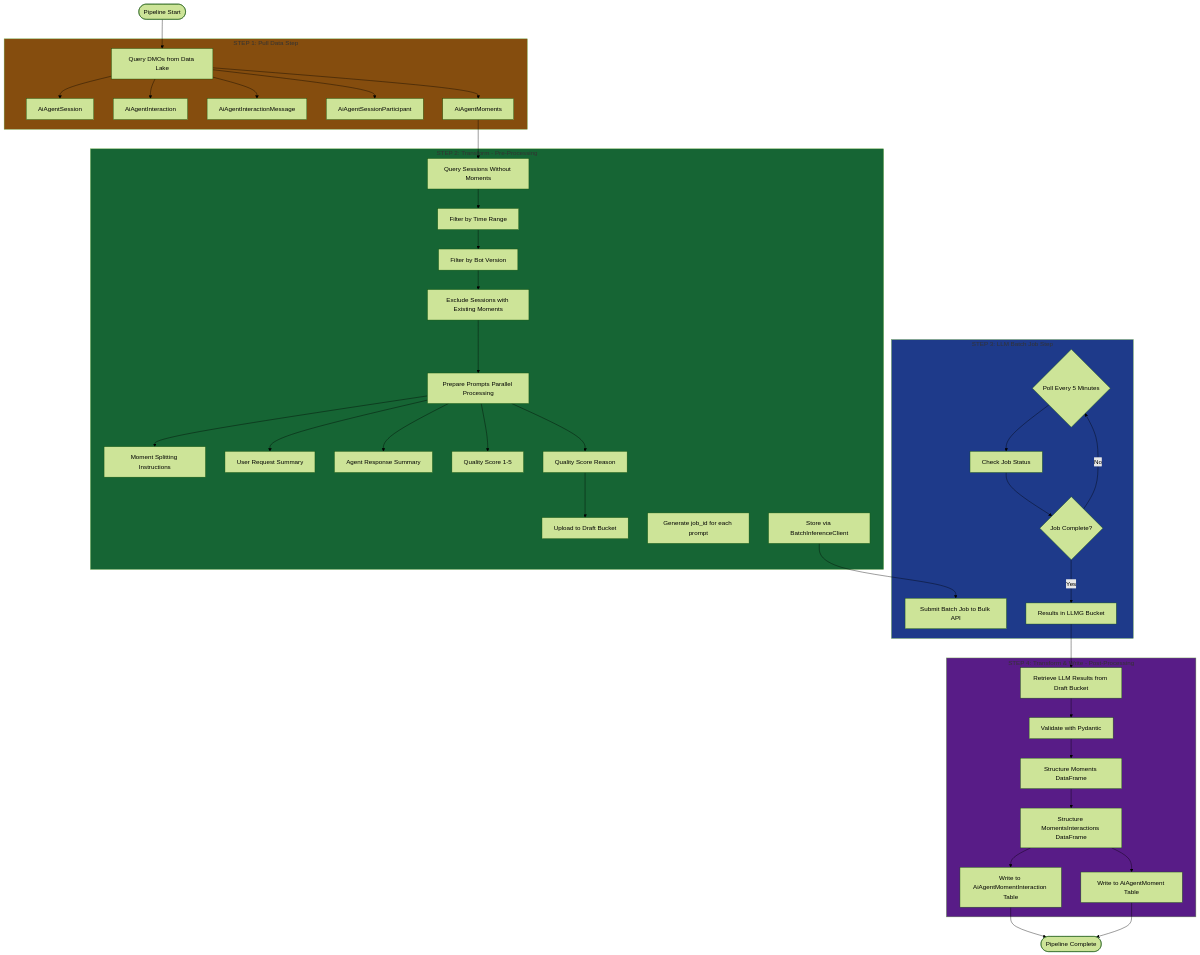
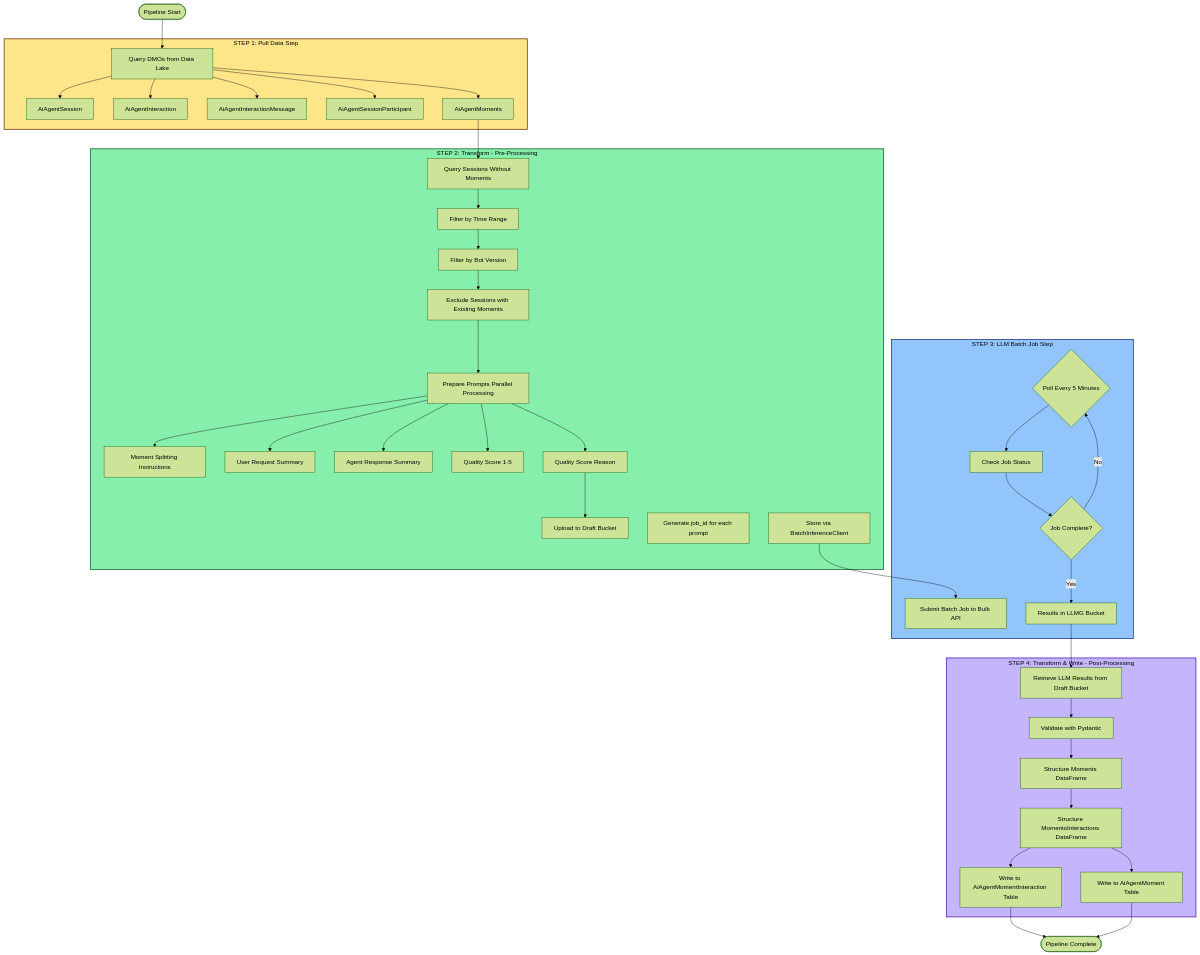
One commit to arupsarkar-sfdc/Misc changed the first of 4 diagrams in agentforce/observability/README_Agentforce_Observability_Pipeline_Implementation.md. Above: the diagram before and after it, drawn with Mermaid (forest theme). The commit also changed other lines of this file and 2 other files, not shown here.

````diff
--- a/agentforce/observability/README_Agentforce_Observability_Pipeline_Implementation.md
+++ b/agentforce/observability/README_Agentforce_Observability_Pipeline_Implementation.md
@@ -89,77 +89,77 @@
 ```mermaid
 graph TD
     START([Pipeline Start]) --> STEP1
     
     subgraph Step1["STEP 1: Pull Data Step"]
         STEP1[Query DMOs from Data Lake]
         STEP1_1[AiAgentSession]
         STEP1_2[AiAgentInteraction]
         STEP1_3[AiAgentInteractionMessage]
         STEP1_4[AiAgentSessionParticipant]
         STEP1_5[AiAgentMoments]
         STEP1 --> STEP1_1
         STEP1 --> STEP1_2
         STEP1 --> STEP1_3
         STEP1 --> STEP1_4
         STEP1 --> STEP1_5
     end
     
     subgraph Step2["STEP 2: Transform - Pre-Processing"]
         STEP2[Query Sessions Without Moments]
         STEP2_1[Filter by Time Range]
         STEP2_2[Filter by Bot Version]
         STEP2_3[Exclude Sessions with Existing Moments]
         STEP2 --> STEP2_1 --> STEP2_2 --> STEP2_3
         
         STEP3[Prepare Prompts Parallel Processing]
         STEP3_1[Moment Splitting Instructions]
         STEP3_2[User Request Summary]
         STEP3_3[Agent Response Summary]
         STEP3_4[Quality Score 1-5]
         STEP3_5[Quality Score Reason]
         STEP3 --> STEP3_1
         STEP3 --> STEP3_2
         STEP3 --> STEP3_3
         STEP3 --> STEP3_4
         STEP3 --> STEP3_5
         
         STEP4[Upload to Draft Bucket]
         STEP4_1[Generate job_id for each prompt]
         STEP4_2[Store via BatchInferenceClient]
     end
     
     subgraph Step3["STEP 3: LLM Batch Job Step"]
         STEP5[Submit Batch Job to Bulk API]
         STEP6{Poll Every 5 Minutes}
         STEP7[Check Job Status]
         STEP8{Job Complete?}
         STEP6 --> STEP7 --> STEP8
         STEP8 -->|No| STEP6
         STEP8 -->|Yes| STEP9[Results in LLMG Bucket]
     end
     
     subgraph Step4["STEP 4: Transform & Write - Post-Processing"]
         STEP10[Retrieve LLM Results from Draft Bucket]
         STEP11[Validate with Pydantic]
         STEP12[Structure Moments DataFrame]
         STEP13[Structure MomentsInteractions DataFrame]
         STEP14[Write to AiAgentMoment Table]
         STEP15[Write to AiAgentMomentInteraction Table]
         STEP10 --> STEP11 --> STEP12 --> STEP13
         STEP13 --> STEP14
         STEP13 --> STEP15
     end
     
     STEP1_5 --> STEP2
     STEP2_3 --> STEP3
     STEP3_5 --> STEP4
     STEP4_2 --> STEP5
     STEP9 --> STEP10
     STEP15 --> ENDP1([Pipeline Complete])
     STEP14 --> ENDP1
     
-    style Step1 fill:#854d0e
-    style Step2 fill:#166534
-    style Step3 fill:#1e3a8a
-    style Step4 fill:#581c87
+    style Step1 fill:#fde68a,stroke:#78350f,stroke-width:2px,color:#000
+    style Step2 fill:#86efac,stroke:#166534,stroke-width:2px,color:#000
+    style Step3 fill:#93c5fd,stroke:#1e3a8a,stroke-width:2px,color:#000
+    style Step4 fill:#c4b5fd,stroke:#5b21b6,stroke-width:2px,color:#000
 ```
````
